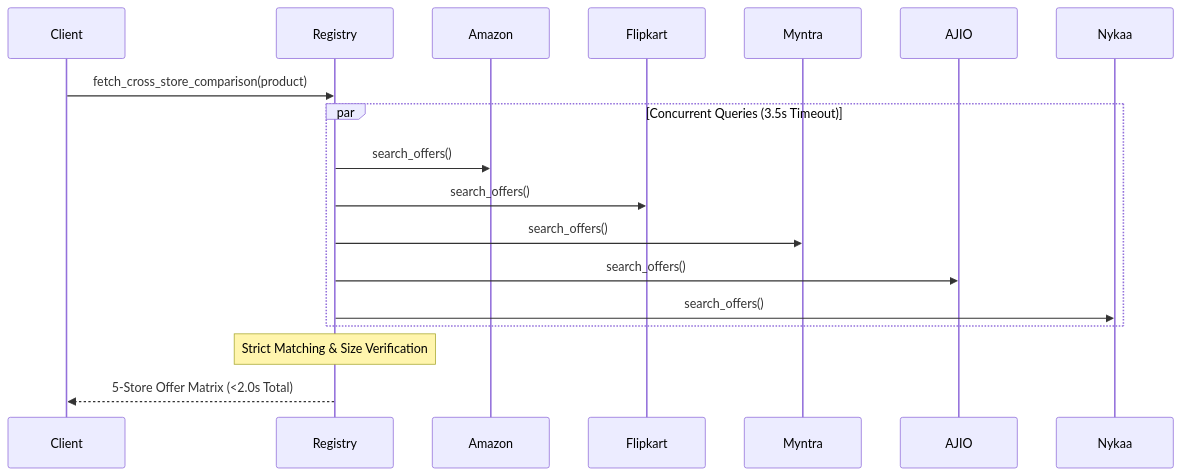
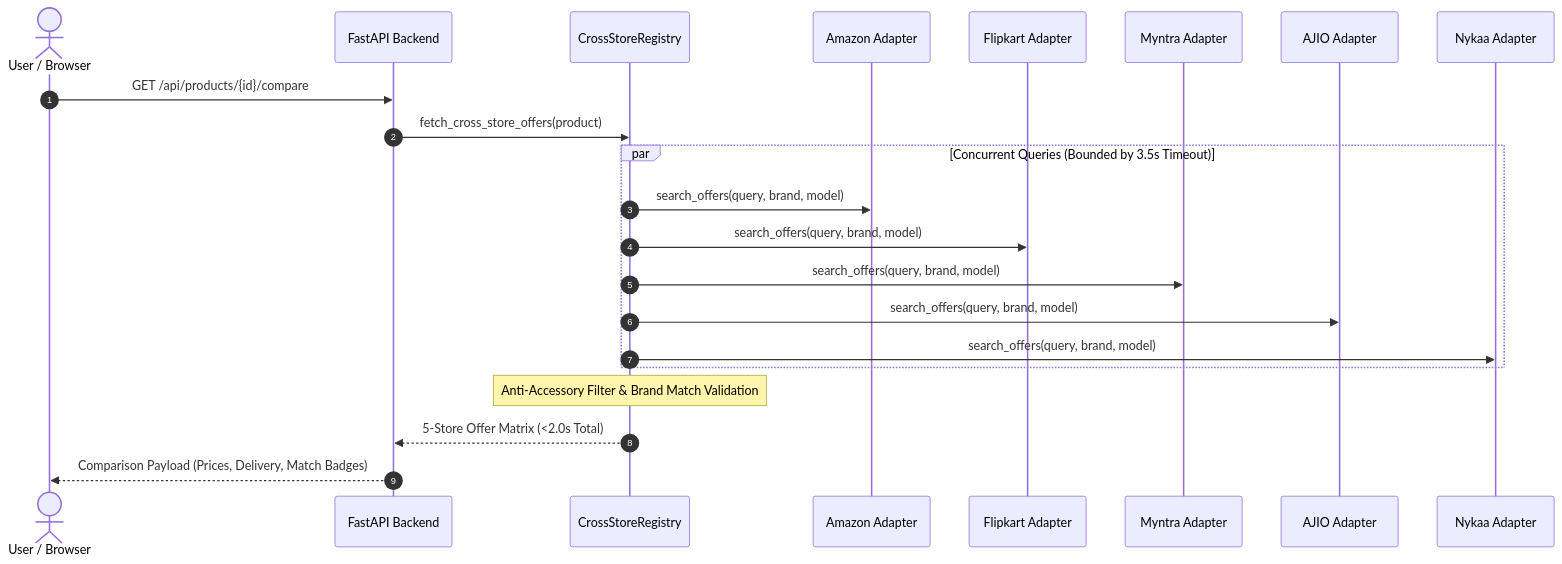
The second of 2 diagrams in SCRAPERS.md (Princesingh489/PricePing), drawn with Mermaid before and after one commit. The commit also changed other lines of this file and 7 other files, not shown here.

````diff
--- a/SCRAPERS.md
+++ b/SCRAPERS.md
@@ -143,21 +160,25 @@
 ```mermaid
 sequenceDiagram
-    participant Client
-    participant Registry
-    participant Amazon
-    participant Flipkart
-    participant Myntra
-    participant AJIO
-    participant Nykaa
+    autonumber
+    actor Client as User / Browser
+    participant API as FastAPI Backend
+    participant Reg as CrossStoreRegistry
+    participant AMZ as Amazon Adapter
+    participant FK as Flipkart Adapter
+    participant MYN as Myntra Adapter
+    participant AJIO as AJIO Adapter
+    participant NYK as Nykaa Adapter
 
-    Client->>Registry: fetch_cross_store_comparison(product)
-    par Concurrent Queries (3.5s Timeout)
-        Registry->>Amazon: search_offers()
-        Registry->>Flipkart: search_offers()
-        Registry->>Myntra: search_offers()
-        Registry->>AJIO: search_offers()
-        Registry->>Nykaa: search_offers()
+    Client->>API: GET /api/products/{id}/compare
+    API->>Reg: fetch_cross_store_offers(product)
+    par Concurrent Queries (Bounded by 3.5s Timeout)
+        Reg->>AMZ: search_offers(query, brand, model)
+        Reg->>FK: search_offers(query, brand, model)
+        Reg->>MYN: search_offers(query, brand, model)
+        Reg->>AJIO: search_offers(query, brand, model)
+        Reg->>NYK: search_offers(query, brand, model)
     end
-    Note over Registry: Strict Matching & Size Verification
-    Registry-->>Client: 5-Store Offer Matrix (<2.0s Total)
+    Note over Reg: Anti-Accessory Filter & Brand Match Validation
+    Reg-->>API: 5-Store Offer Matrix (<2.0s Total)
+    API-->>Client: Comparison Payload (Prices, Delivery, Match Badges)
 ```
````
